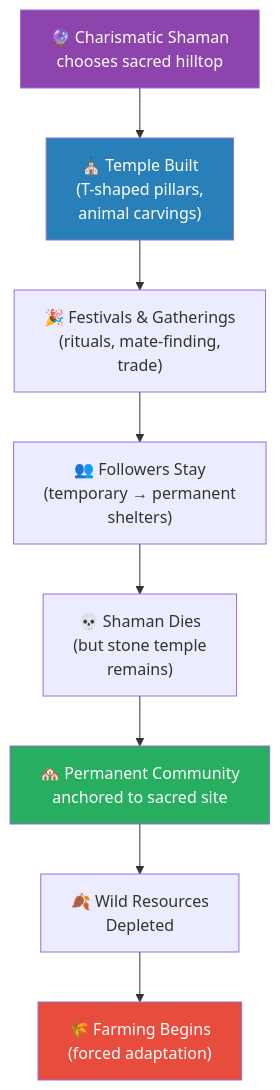
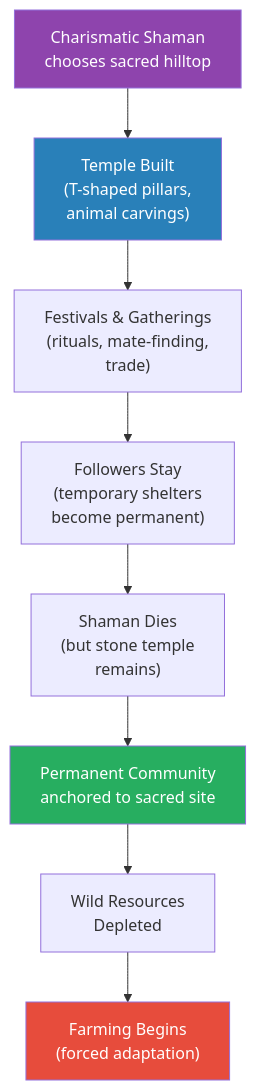
The fourth of 7 diagrams in summaries/Lectures/Civilization/01 - Explaining Humanity's Transition to Agriculture.md (alius33/reader), drawn with Mermaid before and after one commit. The commit also changed other lines of this file and 78 other files, not shown here.

````diff
--- a/summaries/Lectures/Civilization/01 - Explaining Humanity's Transition to Agriculture.md
+++ b/summaries/Lectures/Civilization/01 - Explaining Humanity's Transition to Agriculture.md
@@ -511,14 +264,14 @@
 ```mermaid
 flowchart TD
-    S["🔮 Charismatic Shaman<br/>chooses sacred hilltop"] --> T["⛪ Temple Built<br/>(T-shaped pillars,<br/>animal carvings)"]
-    T --> F["🎉 Festivals & Gatherings<br/>(rituals, mate-finding,<br/>trade)"]
-    F --> FO["👥 Followers Stay<br/>(temporary → permanent<br/>shelters)"]
-    FO --> SD["💀 Shaman Dies<br/>(but stone temple<br/>remains)"]
-    SD --> C["🏘️ Permanent Community<br/>anchored to sacred site"]
-    C --> RD["🍂 Wild Resources<br/>Depleted"]
-    RD --> AG["🌾 Farming Begins<br/>(forced adaptation)"]
+    S["Charismatic Shaman<br/>chooses sacred hilltop"] --> T["Temple Built<br/>(T-shaped pillars,<br/>animal carvings)"]
+    T --> F["Festivals & Gatherings<br/>(rituals, mate-finding,<br/>trade)"]
+    F --> FO["Followers Stay<br/>(temporary shelters<br/>become permanent)"]
+    FO --> SD["Shaman Dies<br/>(but stone temple<br/>remains)"]
+    SD --> C["Permanent Community<br/>anchored to sacred site"]
+    C --> RD["Wild Resources<br/>Depleted"]
+    RD --> AG["Farming Begins<br/>(forced adaptation)"]
     style S fill:#8e44ad,color:#fff
     style T fill:#2980b9,color:#fff
     style C fill:#27ae60,color:#fff
     style AG fill:#e74c3c,color:#fff
 ```
````
